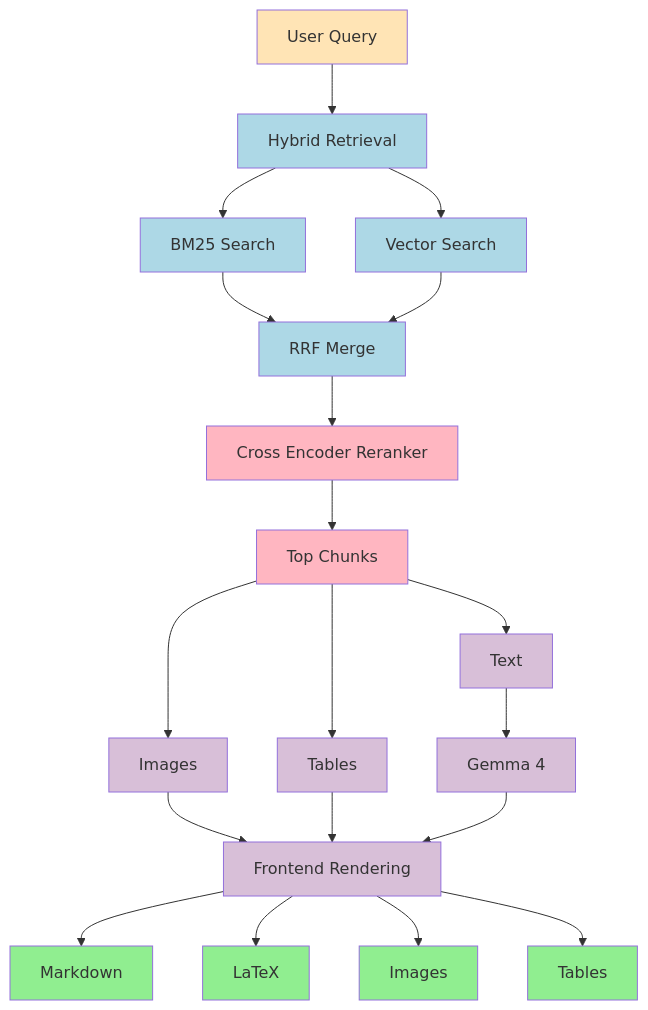
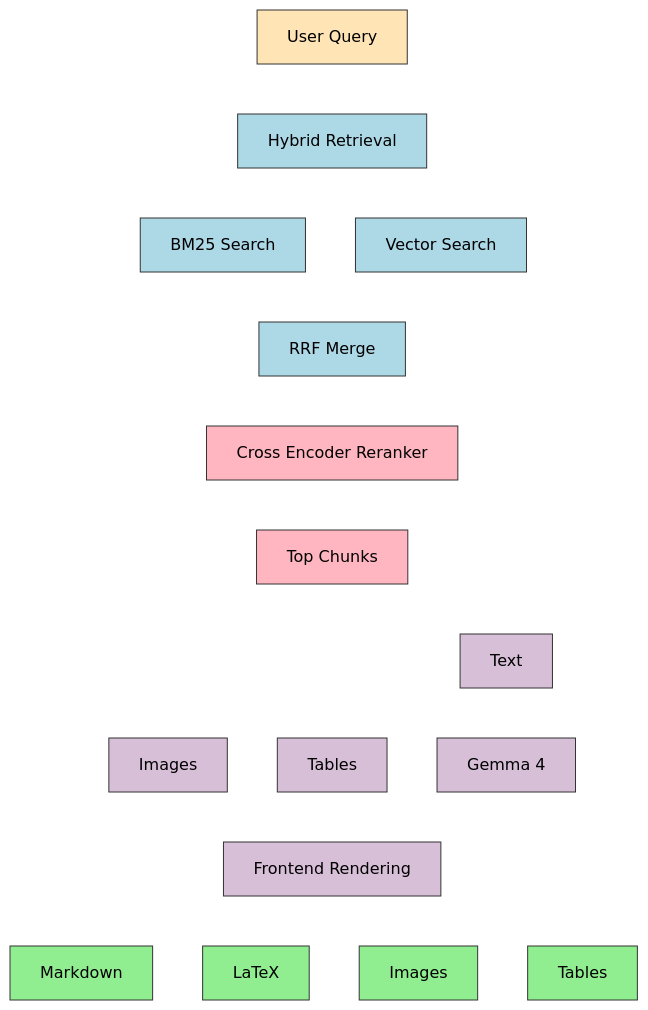
Before and after one commit to risvanthkm/spider_ml_task1: the second of 2 diagrams in applied_ml_domain/chatbot_code/README.md, drawn with Mermaid. The commit also changed other lines of this file and 2 other files, not shown here.

````diff
--- a/applied_ml_domain/chatbot_code/README.md
+++ b/applied_ml_domain/chatbot_code/README.md
@@ -104,45 +115,56 @@
 ```mermaid
+%%{
+init: {
+'theme':'base',
+'themeVariables':{
+'lineColor':'#FFFFFF',
+'primaryBorderColor':'#FFFFFF',
+'primaryTextColor':'#000000'
+}
+}
+}%%
+
 flowchart TD
 
 A[User Query]
 
 A --> B[Hybrid Retrieval]
 
 B --> C1[BM25 Search]
 B --> C2[Vector Search]
 
 C1 --> D[RRF Merge]
 C2 --> D
 
 D --> E[Cross Encoder Reranker]
 
 E --> F[Top Chunks]
 
 F --> G1[Text]
 F --> G2[Images]
 F --> G3[Tables]
 
 G1 --> H[Gemma 4]
 
 G2 --> I[Frontend Rendering]
 G3 --> I
 H --> I
 
 I --> J1[Markdown]
 I --> J2[LaTeX]
 I --> J3[Images]
 I --> J4[Tables]
 
-
-classDef input fill:#FFE4B5
-classDef retrieval fill:#ADD8E6
-classDef rerank fill:#FFB6C1
-classDef generation fill:#D8BFD8
-classDef output fill:#90EE90
+linkStyle default stroke:#FFFFFF,stroke-width:2px
+classDef input fill:#FFE4B5,color:#000000,stroke:#333333
+classDef retrieval fill:#ADD8E6,color:#000000,stroke:#333333
+classDef rerank fill:#FFB6C1,color:#000000,stroke:#333333
+classDef generation fill:#D8BFD8,color:#000000,stroke:#333333
+classDef output fill:#90EE90,color:#000000,stroke:#333333
 
 class A input
 class B,C1,C2,D retrieval
 class E,F rerank
 class G1,G2,G3,H,I generation
 class J1,J2,J3,J4 output
 ```
````
